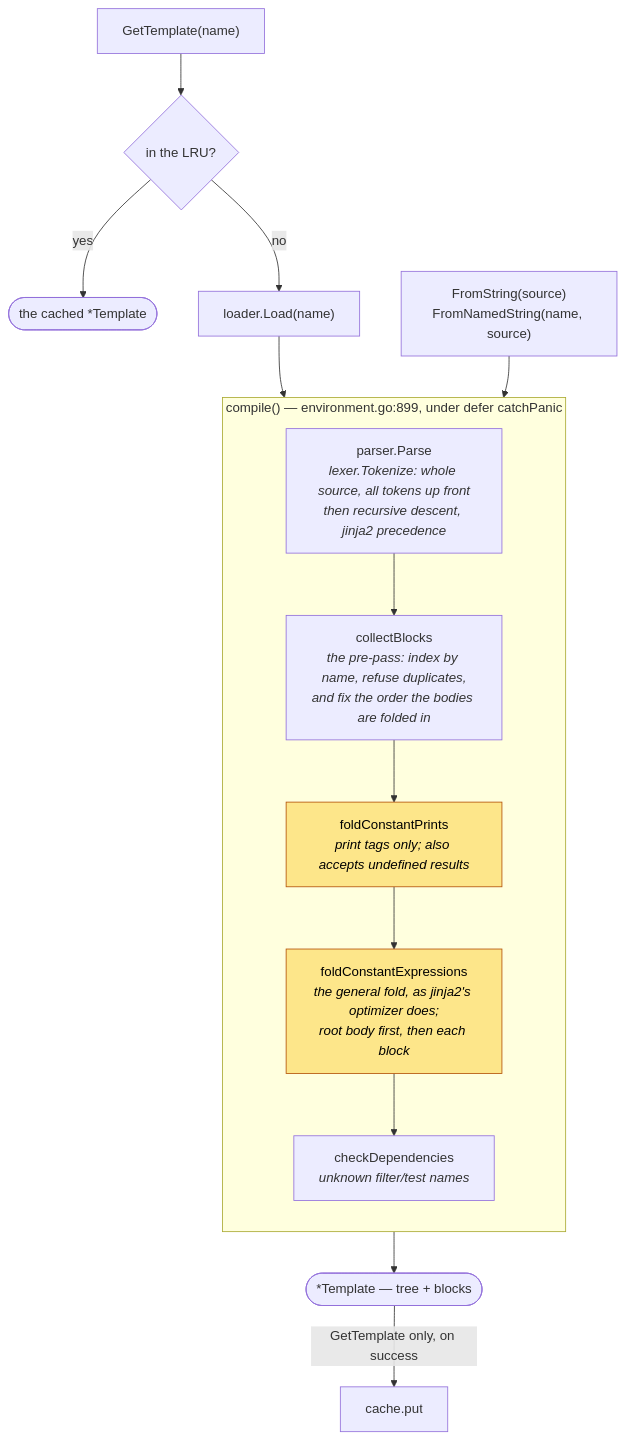
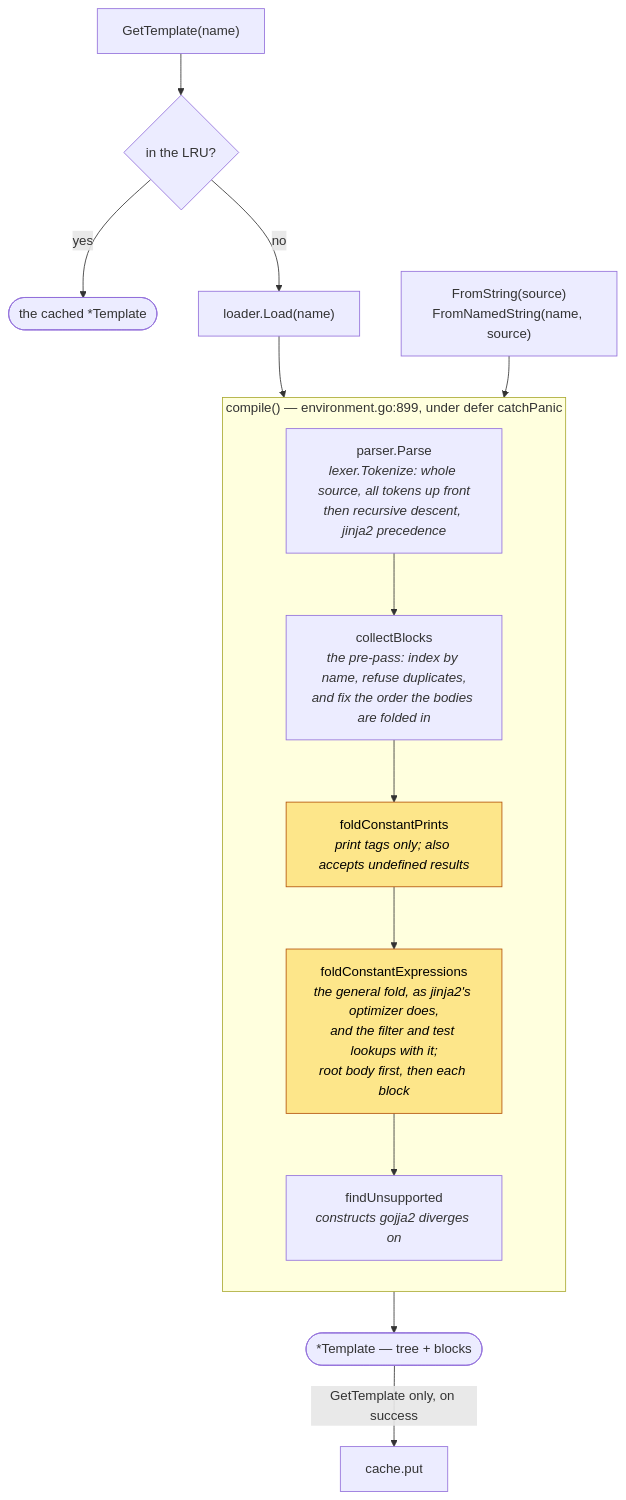
Before and after one commit to mgilbir/gojja2: the second of 5 diagrams in docs/architecture.md, drawn with Mermaid. The commit also changed other lines of this file and 48 other files, not shown here.

First line of the commit message:
Fold an expression and look its names up in one walk

````diff
--- a/docs/architecture.md
+++ b/docs/architecture.md
@@ -47,23 +47,23 @@
 ```mermaid
 flowchart TD
     A["GetTemplate(name)"] --> C{"in the LRU?"}
     C -->|yes| HIT(["the cached *Template"])
     C -->|no| L["loader.Load(name)"]
     L --> CO
     B["FromString(source)<br/>FromNamedString(name, source)"] --> CO
 
     subgraph CO["compile() — environment.go:899, under defer catchPanic"]
         direction TB
         P1["parser.Parse<br/><i>lexer.Tokenize: whole source, all tokens up front</i><br/><i>then recursive descent, jinja2 precedence</i>"]
         P2["collectBlocks<br/><i>the pre-pass: index by name, refuse duplicates,<br/>and fix the order the bodies are folded in</i>"]
         P3["foldConstantPrints<br/><i>print tags only; also accepts undefined results</i>"]
-        P4["foldConstantExpressions<br/><i>the general fold, as jinja2's optimizer does;<br/>root body first, then each block</i>"]
-        P5["checkDependencies<br/><i>unknown filter/test names</i>"]
+        P4["foldConstantExpressions<br/><i>the general fold, as jinja2's optimizer does,<br/>and the filter and test lookups with it;<br/>root body first, then each block</i>"]
+        P5["findUnsupported<br/><i>constructs gojja2 diverges on</i>"]
         P1 --> P2 --> P3 --> P4 --> P5
     end
     CO --> T(["*Template — tree + blocks"])
     T -->|"GetTemplate only, on success"| PUT["cache.put"]
 
     classDef warn fill:#fde68a,stroke:#b45309,color:#000
     class P3,P4 warn
 ```
````
